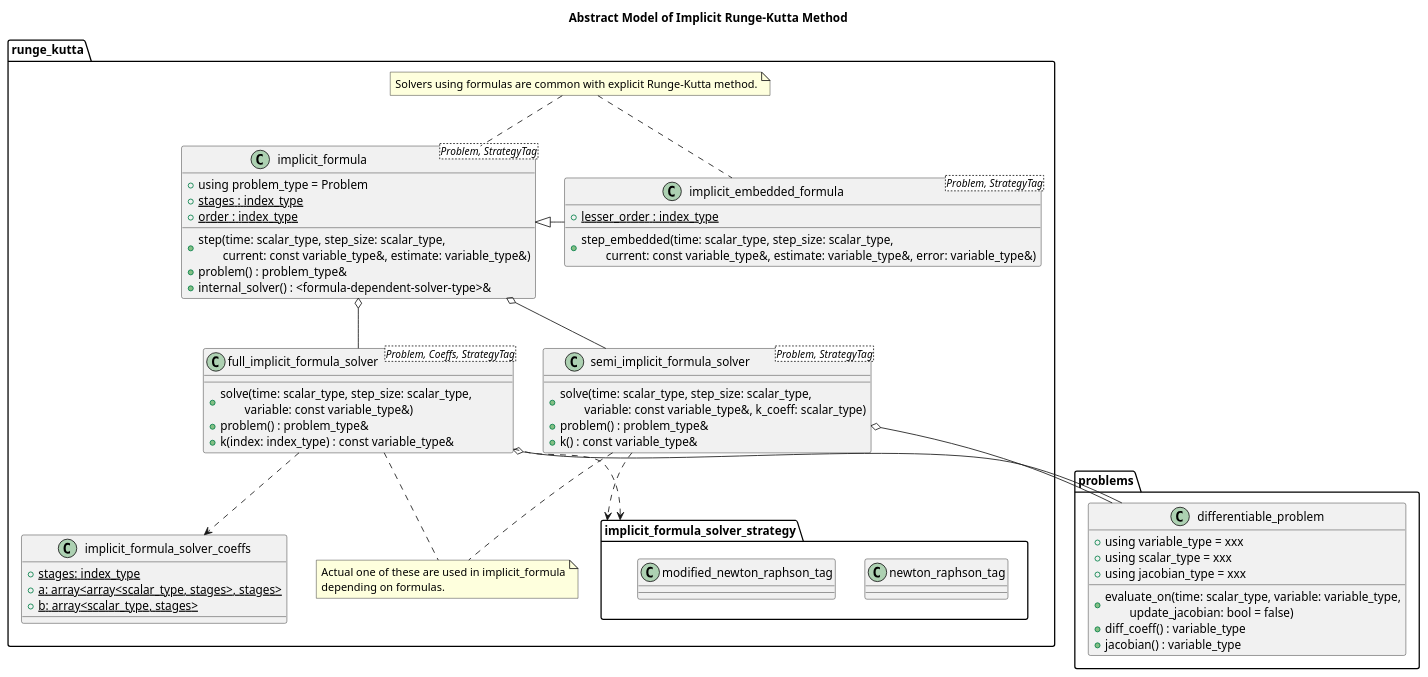
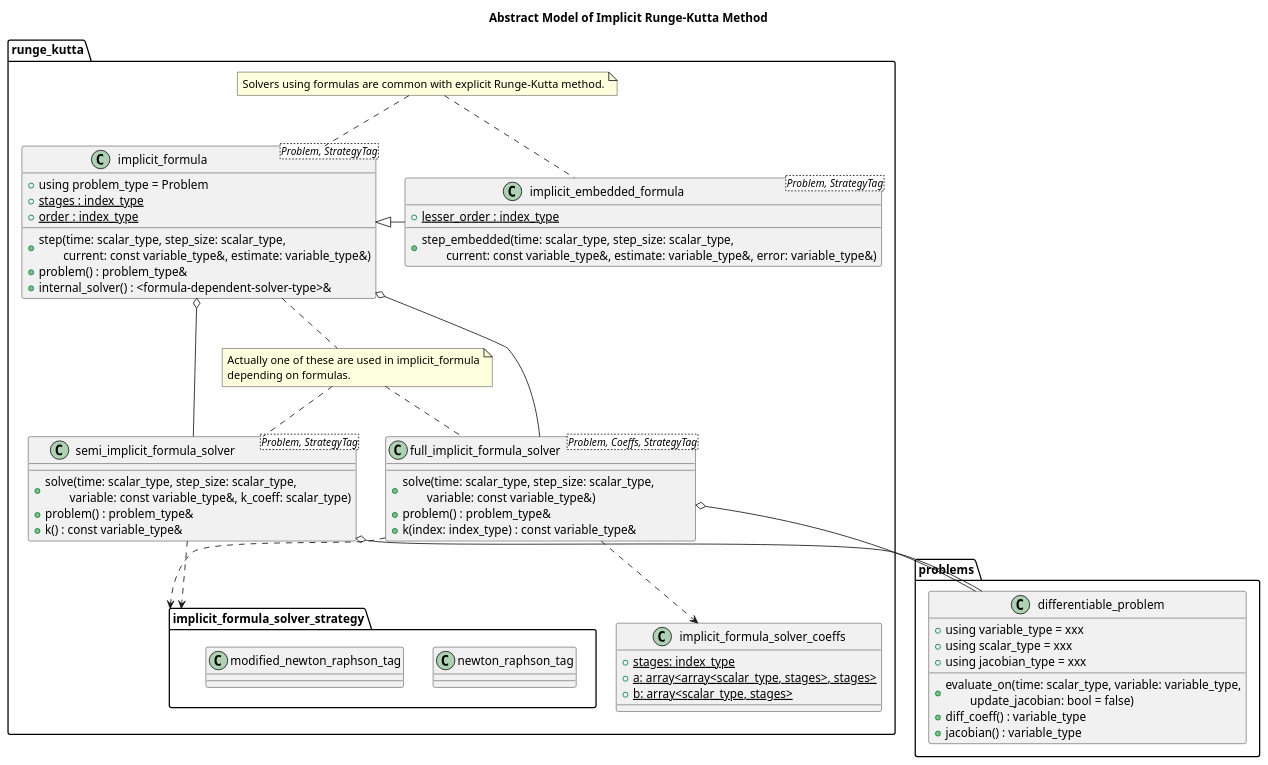
Before and after one commit to MusicScience37/numerical-collection-cpp: the second of 2 diagrams in doc/sphinx/src/basic_design/ode.rst, drawn with PlantUML.

Commit message:
doc: update model of implicit Runge-Kutta

```diff
--- a/doc/sphinx/src/basic_design/ode.rst
+++ b/doc/sphinx/src/basic_design/ode.rst
@@ -67,74 +67,75 @@
 .. uml::
 
     title Abstract Model of Implicit Runge-Kutta Method
 
     package problems {
         class differentiable_problem {
             + using variable_type = xxx
             + using scalar_type = xxx
             + using jacobian_type = xxx
             + evaluate_on(time: scalar_type, variable: variable_type,\n\tupdate_jacobian: bool = false)
             + diff_coeff() : variable_type
             + jacobian() : variable_type
         }
     }
 
     package runge_kutta {
         package implicit_formula_solver_strategy {
             class newton_raphson_tag
             class modified_newton_raphson_tag
         }
 
         class semi_implicit_formula_solver<Problem, StrategyTag> {
             + solve(time: scalar_type, step_size: scalar_type,\n\tvariable: const variable_type&, k_coeff: scalar_type)
             + problem() : problem_type&
             + k() : const variable_type&
         }
         semi_implicit_formula_solver o-- differentiable_problem
         semi_implicit_formula_solver ..> implicit_formula_solver_strategy
 
         class implicit_formula_solver_coeffs {
             {static} + stages: index_type
             {static} + a: array<array<scalar_type, stages>, stages>
             {static} + b: array<scalar_type, stages>
         }
 
         class full_implicit_formula_solver<Problem, Coeffs, StrategyTag> {
             + solve(time: scalar_type, step_size: scalar_type,\n\tvariable: const variable_type&)
             + problem() : problem_type&
             + k(index: index_type) : const variable_type&
         }
         full_implicit_formula_solver o-- differentiable_problem
         full_implicit_formula_solver ..> implicit_formula_solver_coeffs
         full_implicit_formula_solver ..> implicit_formula_solver_strategy
 
         class implicit_formula<Problem, StrategyTag> {
             + using problem_type = Problem
             {static} + stages : index_type
             {static} + order : index_type
             + step(time: scalar_type, step_size: scalar_type,\n\tcurrent: const variable_type&, estimate: variable_type&)
             + problem() : problem_type&
             + internal_solver() : <formula-dependent-solver-type>&
         }
         implicit_formula o-- semi_implicit_formula_solver
         implicit_formula o-- full_implicit_formula_solver
 
         class implicit_embedded_formula<Problem, StrategyTag> {
             {static} + lesser_order : index_type
             + step_embedded(time: scalar_type, step_size: scalar_type,\n\tcurrent: const variable_type&, estimate: variable_type&, error: variable_type&)
         }
         implicit_formula <|- implicit_embedded_formula
 
         note as implicit_solver_note
             Solvers using formulas are common with explicit Runge-Kutta method.
         end note
         implicit_solver_note .. implicit_formula
         implicit_solver_note .. implicit_embedded_formula
 
         note as implicit_formula_solver_selection_note
-            Actual one of these are used in implicit_formula
+            Actually one of these are used in implicit_formula
             depending on formulas.
         end note
-        implicit_formula_solver_selection_note .up. semi_implicit_formula_solver
-        implicit_formula_solver_selection_note .up. full_implicit_formula_solver
+        implicit_formula_solver_selection_note .. semi_implicit_formula_solver
+        implicit_formula_solver_selection_note .. full_implicit_formula_solver
+        implicit_formula_solver_selection_note .up. implicit_formula
     }
```
